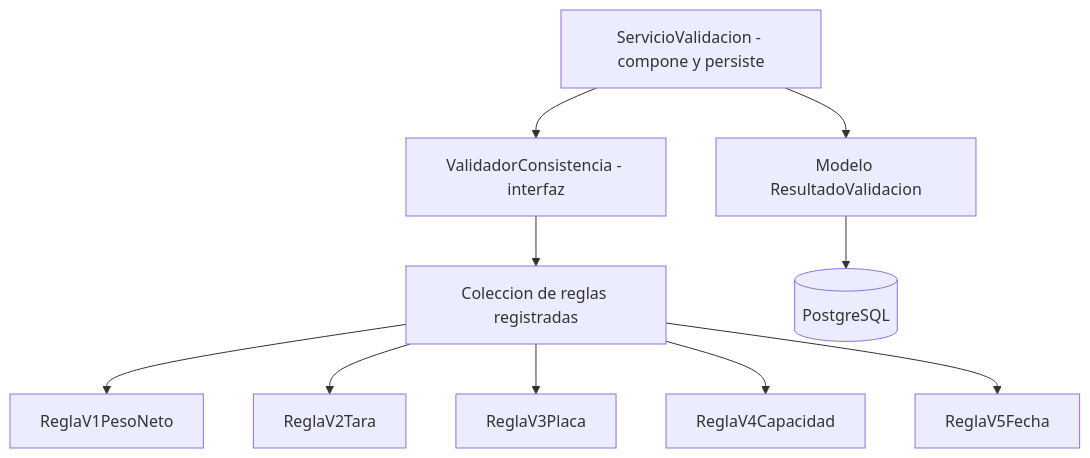
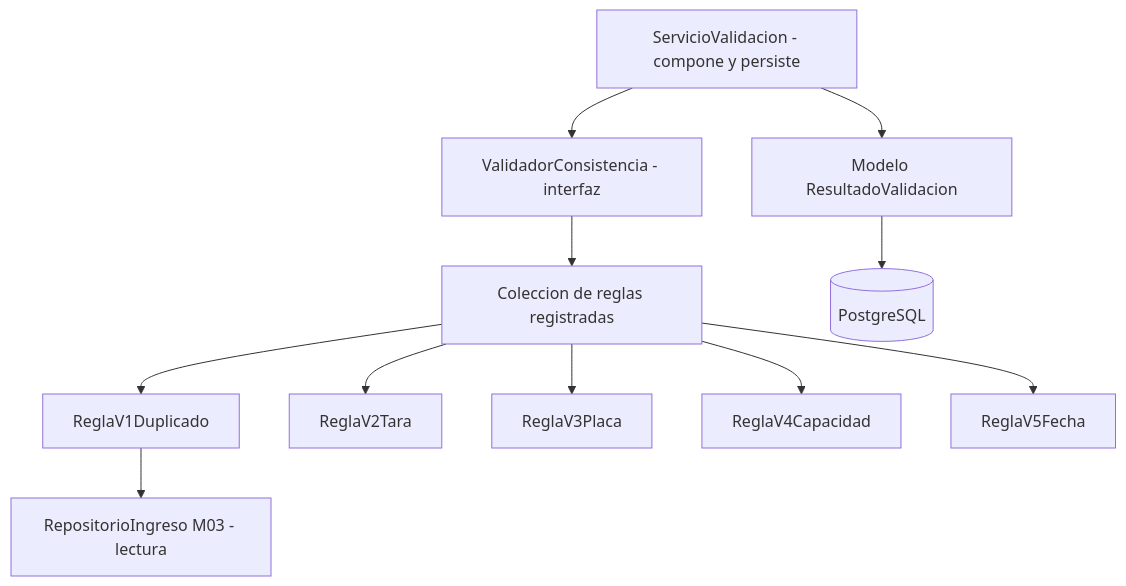
The sixth of 7 diagrams in docs/model-c4/ARQ-03_Modelo_C4.md (adlerOmonte1/LogisticaMinera), drawn with Mermaid before and after one commit. The commit also changed other lines of this file and 91 other files, not shown here.

````diff
--- a/docs/model-c4/ARQ-03_Modelo_C4.md
+++ b/docs/model-c4/ARQ-03_Modelo_C4.md
@@ -262,23 +262,25 @@
 ```mermaid
 flowchart TB
     IFC["ValidadorConsistencia - interfaz"]
     COL["Coleccion de reglas registradas"]
-    V1["ReglaV1PesoNeto"]
+    V1["ReglaV1Duplicado"]
     V2["ReglaV2Tara"]
     V3["ReglaV3Placa"]
     V4["ReglaV4Capacidad"]
     V5["ReglaV5Fecha"]
     SRV["ServicioValidacion - compone y persiste"]
     MOD["Modelo ResultadoValidacion"]
+    REP["RepositorioIngreso M03 - lectura"]
     DB[("PostgreSQL")]
 
     IFC --> COL
     COL --> V1
     COL --> V2
     COL --> V3
     COL --> V4
     COL --> V5
+    V1 --> REP
     SRV --> IFC
     SRV --> MOD
     MOD --> DB
 ```
````
